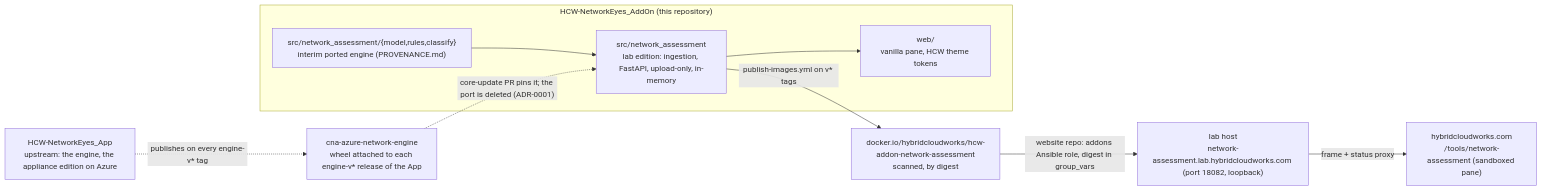
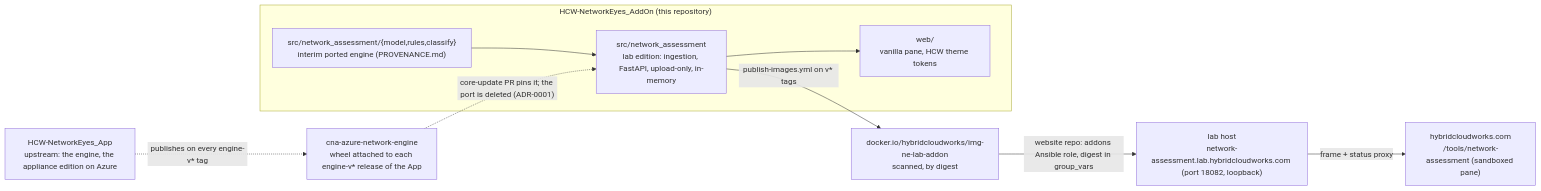
Before and after one commit to saulpatinojr/HCW-NetworkEyes_AddOn: the diagram in README.md, drawn with Mermaid. The commit also changed other lines of this file and 8 other files, not shown here.

First line of the commit message:
Lab image follows the img-<short>-<job>-<type> convention: img-ne-lab-addon (plus tag hardening) (#41)

````diff
--- a/README.md
+++ b/README.md
@@ -33,19 +33,19 @@
 ```mermaid
 flowchart LR
   Core["HCW-NetworkEyes_App<br/>upstream: the engine, the appliance edition on Azure"]
   Wheel["cna-azure-network-engine<br/>wheel attached to each engine-v* release of the App"]
   subgraph AddOn["HCW-NetworkEyes_AddOn (this repository)"]
     Port["src/network_assessment/{model,rules,classify}<br/>interim ported engine (PROVENANCE.md)"]
     Lab["src/network_assessment<br/>lab edition: ingestion, FastAPI, upload-only, in-memory"]
     Pane["web/<br/>vanilla pane, HCW theme tokens"]
     Port --> Lab --> Pane
   end
-  Image["docker.io/hybridcloudworks/hcw-addon-network-assessment<br/>scanned, by digest"]
+  Image["docker.io/hybridcloudworks/img-ne-lab-addon<br/>scanned, by digest"]
   Host["lab host<br/>network-assessment.lab.hybridcloudworks.com (port 18082, loopback)"]
   Site["hybridcloudworks.com<br/>/tools/network-assessment (sandboxed pane)"]
   Core -. "publishes on every engine-v* tag" .-> Wheel
   Wheel -. "core-update PR pins it; the port is deleted (ADR-0001)" .-> Lab
   Lab -- "publish-images.yml on v* tags" --> Image
   Image -- "website repo: addons Ansible role, digest in group_vars" --> Host
   Host -- "frame + status proxy" --> Site
 ```
````
